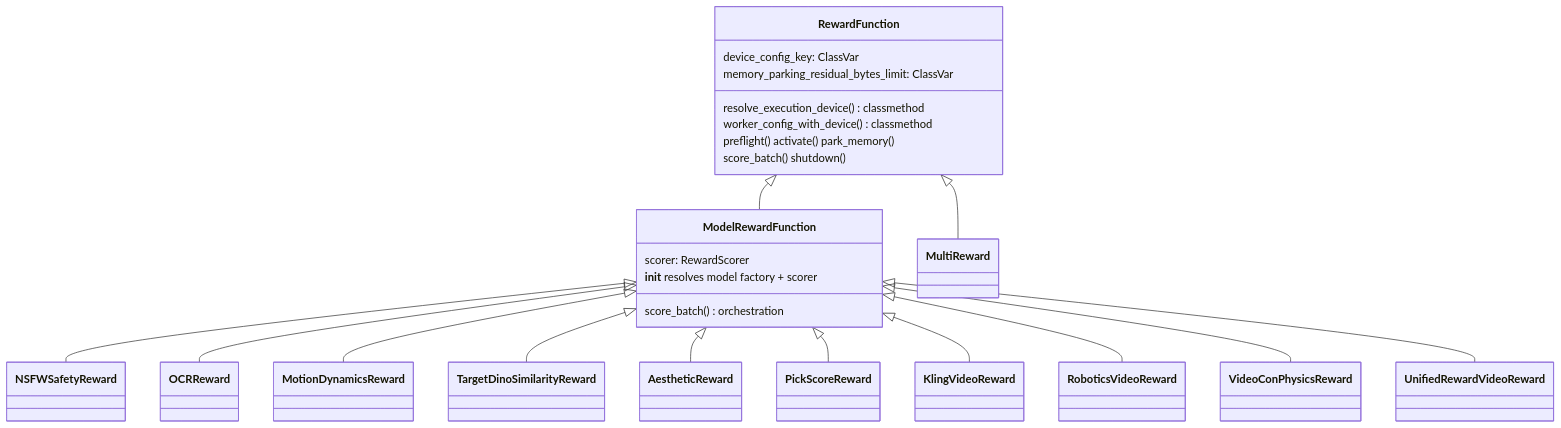
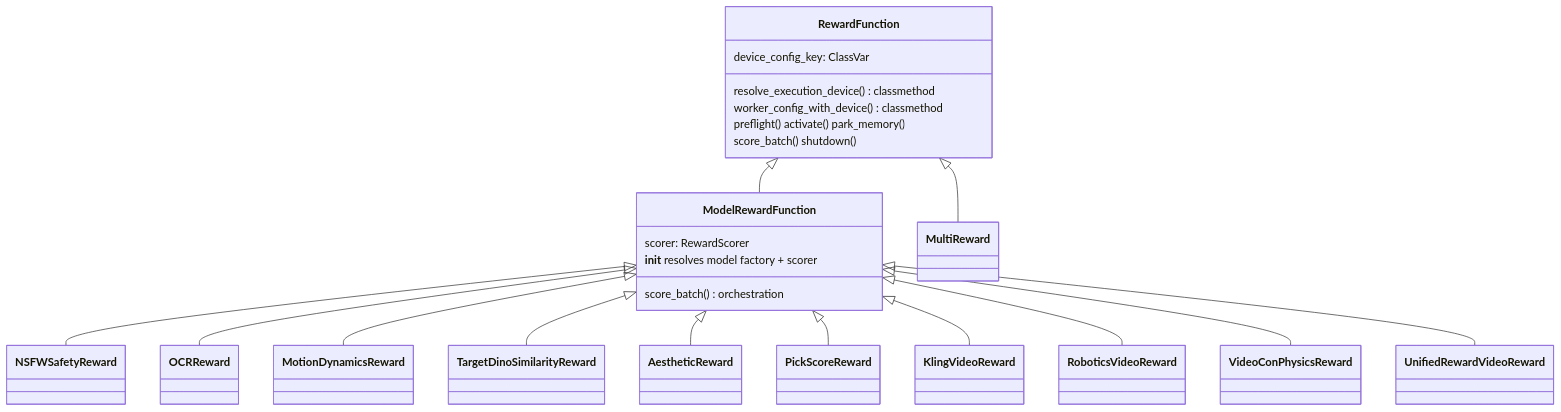
One commit to guoriyue/VRL changed the third of 3 diagrams in docs/ENGINE_ARCHITECTURE.md. Above: the diagram before and after it, drawn with Mermaid. The commit also changed other lines of this file and 9 other files, not shown here.

````diff
--- a/docs/ENGINE_ARCHITECTURE.md
+++ b/docs/ENGINE_ARCHITECTURE.md
@@ -208,28 +211,27 @@
 ```mermaid
 classDiagram
     class RewardFunction {
         device_config_key: ClassVar
-        memory_parking_residual_bytes_limit: ClassVar
         resolve_execution_device() classmethod
         worker_config_with_device() classmethod
         preflight() activate() park_memory()
         score_batch() shutdown()
     }
     class ModelRewardFunction {
         scorer: RewardScorer
         __init__ resolves model factory + scorer
         score_batch() orchestration
     }
     RewardFunction <|-- ModelRewardFunction
     RewardFunction <|-- MultiReward
     ModelRewardFunction <|-- NSFWSafetyReward
     ModelRewardFunction <|-- OCRReward
     ModelRewardFunction <|-- MotionDynamicsReward
     ModelRewardFunction <|-- TargetDinoSimilarityReward
     ModelRewardFunction <|-- AestheticReward
     ModelRewardFunction <|-- PickScoreReward
     ModelRewardFunction <|-- KlingVideoReward
     ModelRewardFunction <|-- RoboticsVideoReward
     ModelRewardFunction <|-- VideoConPhysicsReward
     ModelRewardFunction <|-- UnifiedRewardVideoReward
 ```
````
